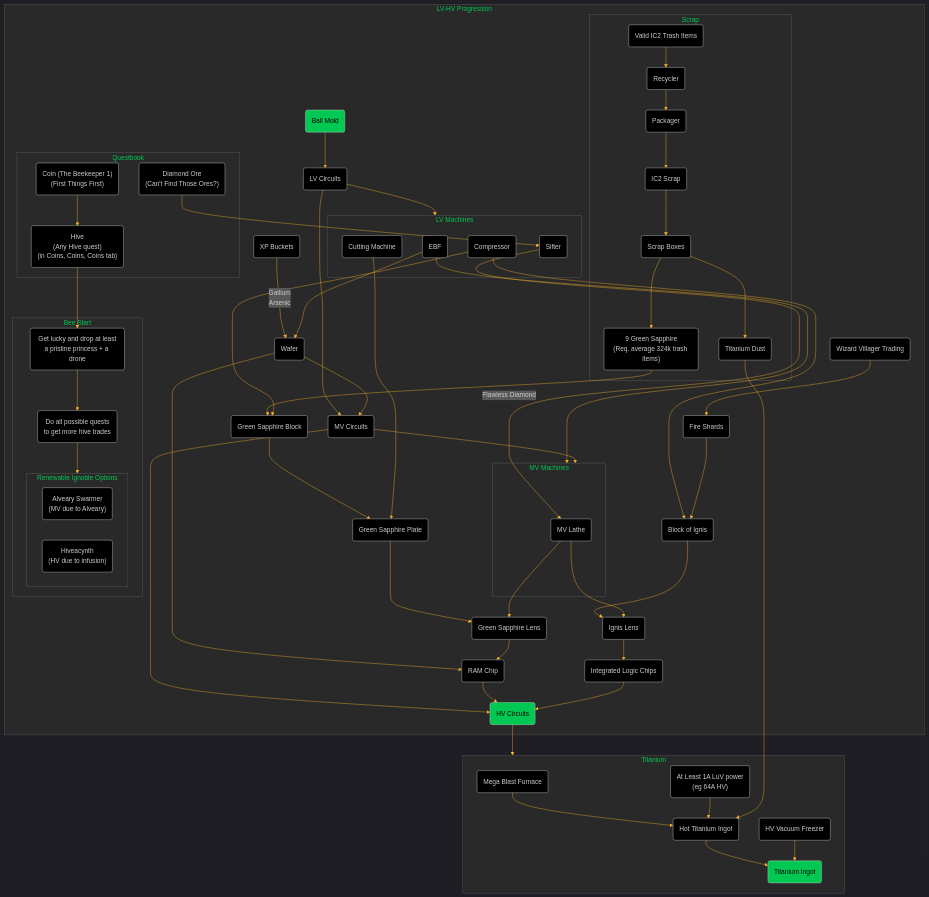
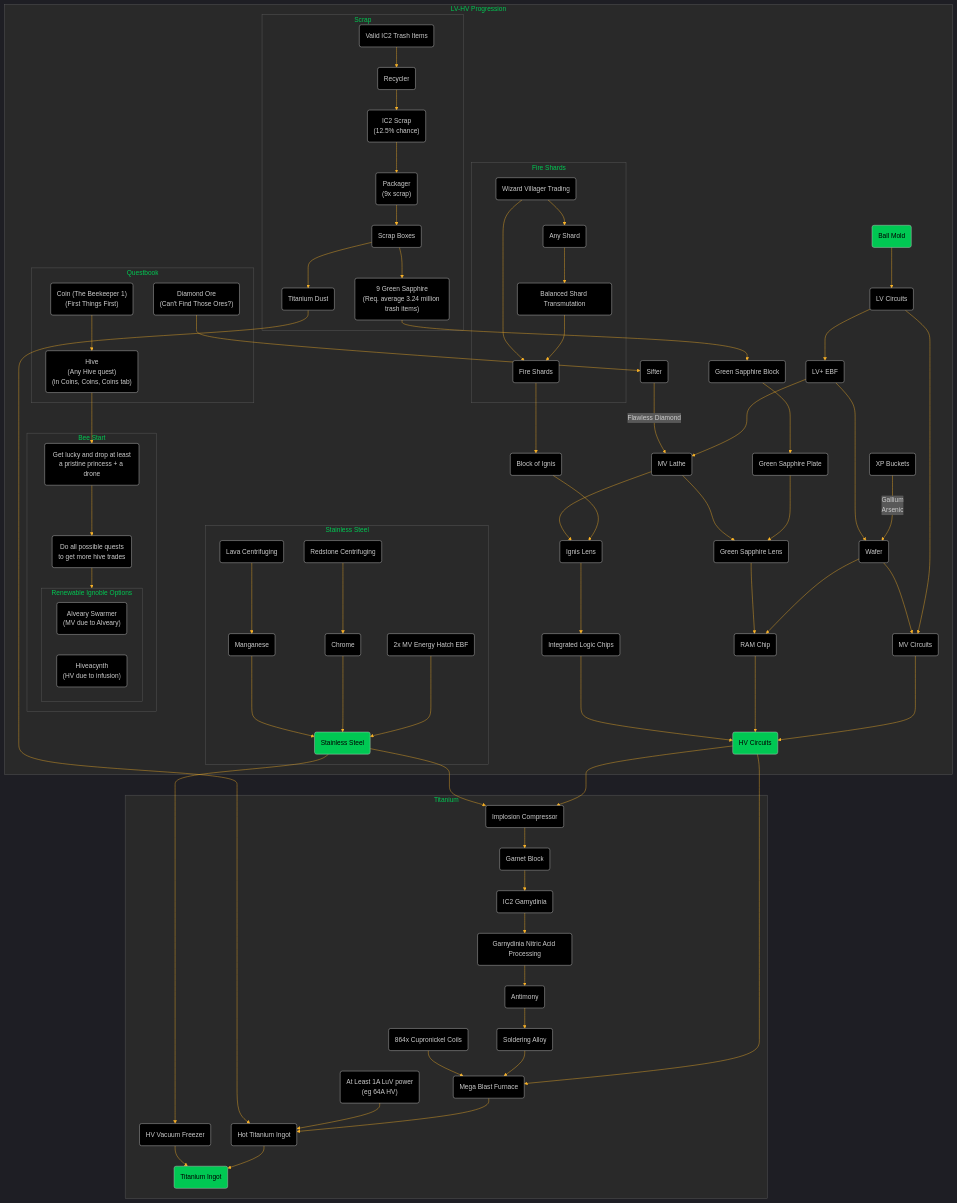
Before and after one commit to OrderedSet86/garden-of-grind-doc: the diagram in flowchart/LV-EV.mmd, drawn with Mermaid. The commit also changed 3 other files, not shown here.

Commit message:
Update flowcharts with more detail

```diff
--- a/flowchart/LV-EV.mmd
+++ b/flowchart/LV-EV.mmd
@@ -1,118 +1,140 @@
 %%{
   init: {
     'theme': 'dark',
     'themeVariables': {
       'primaryColor': '#000000',
       'primaryTextColor': '#FFFFFF',
       'primaryBorderColor': '#7C0000',
       'lineColor': '#F8B229',
       'secondaryColor': '#006100',
       'tertiaryColor': '#fff',
       'titleColor': '#00C853',
       'darkMode': 'true',
       'mainBkg': '#000000'
     }
   }
 }%%
 
 flowchart TD
     subgraph LV-HV Progression
         A(Ball Mold)
         B(LV Circuits)
         C(MV Circuits)
         D(XP Buckets)
         E(Wafer)
         subgraph SG_QB [Questbook]
             G("Diamond Ore\n(Can't Find Those Ores?)")
             AC("Coin (The Beekeeper 1)\n(First Things First)")
             AD("Hive\n(Any Hive quest)\n(in Coins, Coins, Coins tab)")
         end
         AC --> AD
         subgraph SG_GS [Scrap]
             L(Scrap Boxes)
-            M("9 Green Sapphire\n(Req. average 324k trash items)")
+            M("9 Green Sapphire\n(Req. average 3.24 million trash items)")
             N(Recycler)
             O(Valid IC2 Trash Items)
-            P(Packager)
-            S(IC2 Scrap)
+            P("Packager\n(9x scrap)")
+            S("IC2 Scrap\n(12.5% chance)")
             AJ(Titanium Dust)
         end
-        O --> N --> P --> S --> L --> M
+        O --> N --> S --> P --> L --> M
         L --> AJ
 
-        subgraph SG_LV [LV Machines]
-            F(EBF)
-            H(Sifter)
-            T(Cutting Machine)
-            R(Compressor)
-        end
-        subgraph SG_MV [MV Machines]
-            I(MV Lathe)
-        end
-        F --> SG_MV
-        C --> SG_MV
+        F(LV+ EBF)
+        H(Sifter)
+        I(MV Lathe)
+        F --> I
         
         J(HV Circuits)
         K(Green Sapphire Lens)
         Q(Green Sapphire Block)
         U(Green Sapphire Plate)
         V(RAM Chip)
         X(Ignis Lens)
         Y(Integrated Logic Chips)
         Z(Block of Ignis)
-        AA(Fire Shards)
-        AB(Wizard Villager Trading)
+        subgraph SG_FS [Fire Shards]
+            AA(Fire Shards)
+            AB(Wizard Villager Trading)
+            AS(Any Shard)
+            AT(Balanced Shard Transmutation)
+        end
+        AB --> AS --> AT --> AA
+        AB --> AA
 
         subgraph SG_B [Bee Start]
             AE(Get lucky and drop at least\na pristine princess + a drone)
             AF(Do all possible quests\nto get more hive trades)
             subgraph SB_BR [Renewable Ignoble Options]
                 AG("Alveary Swarmer\n(MV due to Alveary)")
                 AH("Hiveacynth\n(HV due to infusion)")
             end
         end
         AE --> AF
         AF --> SB_BR
 
+        subgraph SG_SS [Stainless Steel]
+            AO(Stainless Steel)
+            AP(2x MV Energy Hatch EBF)
+            AQ(Chrome)
+            AR(Manganese)
+            AU(Redstone Centrifuging)
+            AV(Lava Centrifuging)
+        end
+        AP --> AO
+        AQ --> AO
+        AR --> AO
+        AU --> AQ
+        AV --> AR
+
         A --> B --> C --> J
         D -->|Gallium\nArsenic| E
         F --> E
         G --> H -->|Flawless Diamond| I
         M --> Q --> U
-        R --> Q
-        T --> U
         U --> K
         I --> K
         E --> V
         K --> V
         V --> J
         E --> C
-        B --> SG_LV
         Y --> J
         X --> Y
-        R --> Z
         AA --> Z
         Z --> X
         I --> X
-        AB --> AA
         AD --> AE
+        B --> F
     end
     subgraph SG_TI [Titanium]
         AI(Mega Blast Furnace)
         AK(Hot Titanium Ingot)
         AL("At Least 1A LuV power\n(eg 64A HV)")
         AM(Titanium Ingot)
         AN(HV Vacuum Freezer)
+        AW(Implosion Compressor)
+        AX(Garnet Block)
+        AY(IC2 Garnydinia)
+        AZ(Garnydinia Nitric Acid Processing)
+        BA(Antimony)
+        BB(Soldering Alloy)
+        BC(864x Cupronickel Coils)
     end
-    J --> SG_TI
+    J --> AI
     AI --> AK
     AL --> AK
     AJ --> AK
     AK --> AM
     AN --> AM
+    AO --> AN
+    J --> AW
+    AO --> AW
+    AW --> AX --> AY --> AZ --> BA --> BB --> AI
+    BC --> AI
 
     classDef gate color:#000000, fill:#00C853
     
     class A gate
     class J gate
     class AM gate
+    class AO gate
```
